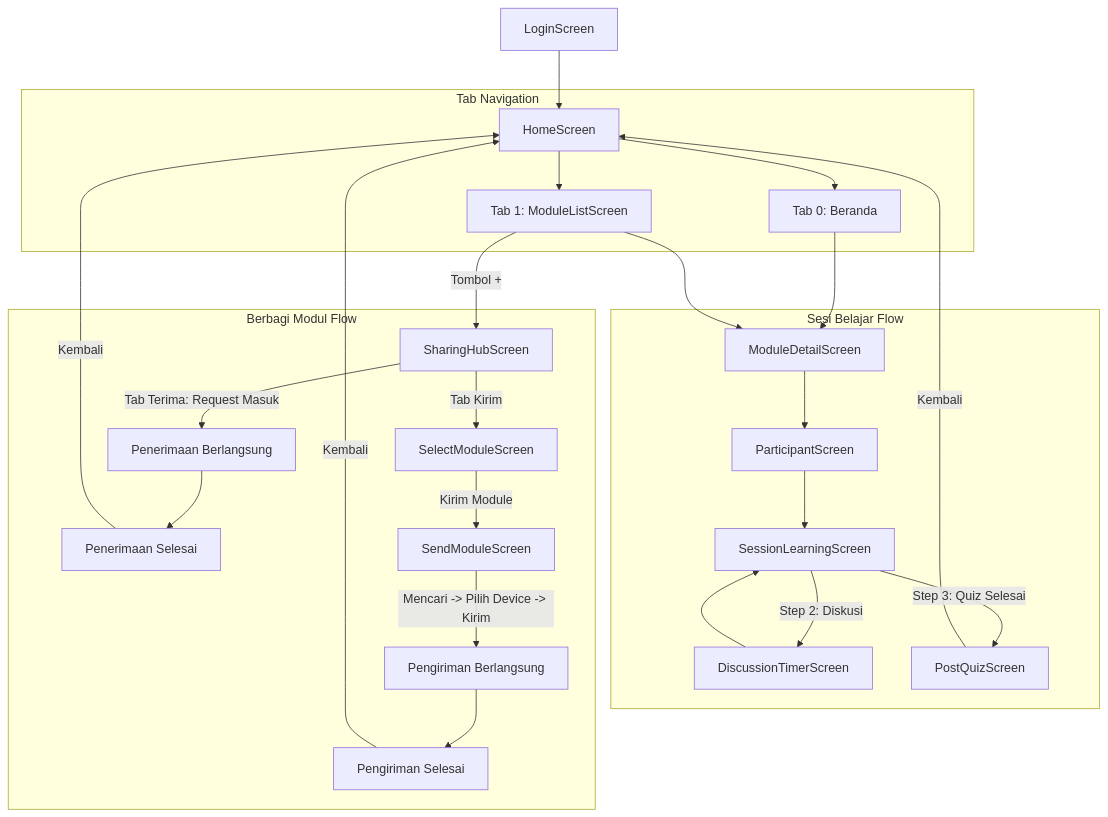
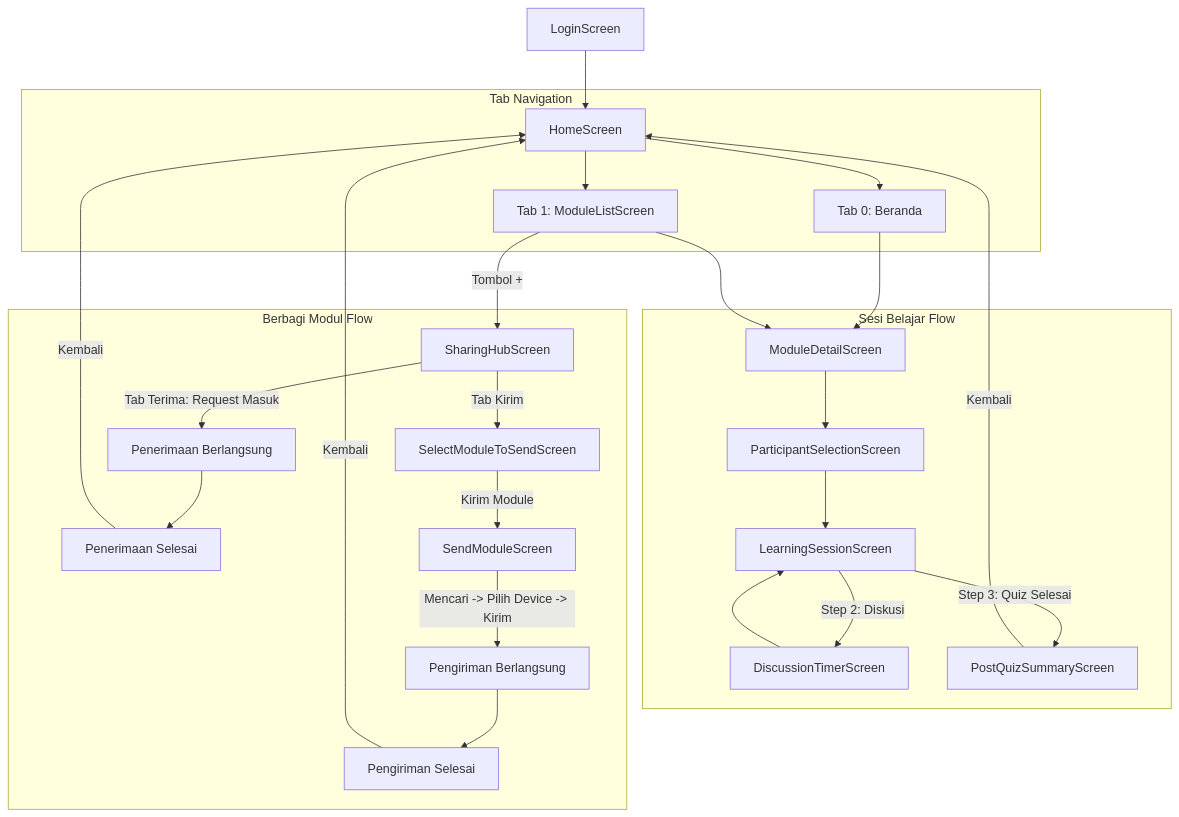
The diagram in StructureFile.md (Deanity/Gyntec), drawn with Mermaid before and after one commit. The commit also changed other lines of this file and 34 other files, not shown here.

````diff
--- a/StructureFile.md
+++ b/StructureFile.md
@@ -93,34 +117,34 @@
 ```mermaid
 flowchart TD
     Login[LoginScreen] --> Home[HomeScreen]
     
     subgraph Tab Navigation
         Home --> TabHome[Tab 0: Beranda]
         Home --> TabModul[Tab 1: ModuleListScreen]
     end
 
     TabHome --> DetailMateri[ModuleDetailScreen]
     TabModul --> DetailMateri
     
     subgraph Sesi Belajar Flow
-        DetailMateri --> Peserta[ParticipantScreen]
-        Peserta --> SesiBelajar[SessionLearningScreen]
+        DetailMateri --> Peserta[ParticipantSelectionScreen]
+        Peserta --> SesiBelajar[LearningSessionScreen]
         SesiBelajar -->|Step 2: Diskusi| TimerDiskusi[DiscussionTimerScreen]
         TimerDiskusi --> SesiBelajar
-        SesiBelajar -->|Step 3: Quiz Selesai| PostQuiz[PostQuizScreen]
+        SesiBelajar -->|Step 3: Quiz Selesai| PostQuiz[PostQuizSummaryScreen]
         PostQuiz -->|Kembali| Home
     end
 
     subgraph Berbagi Modul Flow
         TabModul -->|Tombol +| Berbagi[SharingHubScreen]
         Berbagi -->|Tab Terima: Request Masuk| TerimaProgress[Penerimaan Berlangsung]
         TerimaProgress --> TerimaDone[Penerimaan Selesai]
         TerimaDone -->|Kembali| Home
         
-        Berbagi -->|Tab Kirim| PilihModul[SelectModuleScreen]
+        Berbagi -->|Tab Kirim| PilihModul[SelectModuleToSendScreen]
         PilihModul -->|Kirim Module| KirimDevice[SendModuleScreen]
         KirimDevice -->|Mencari -> Pilih Device -> Kirim| KirimProgress[Pengiriman Berlangsung]
         KirimProgress --> KirimDone[Pengiriman Selesai]
         KirimDone -->|Kembali| Home
     end
 ```
````
